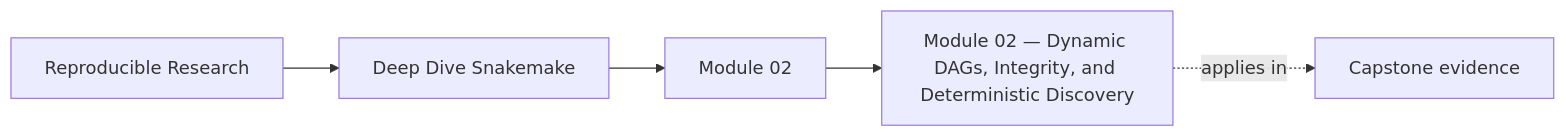
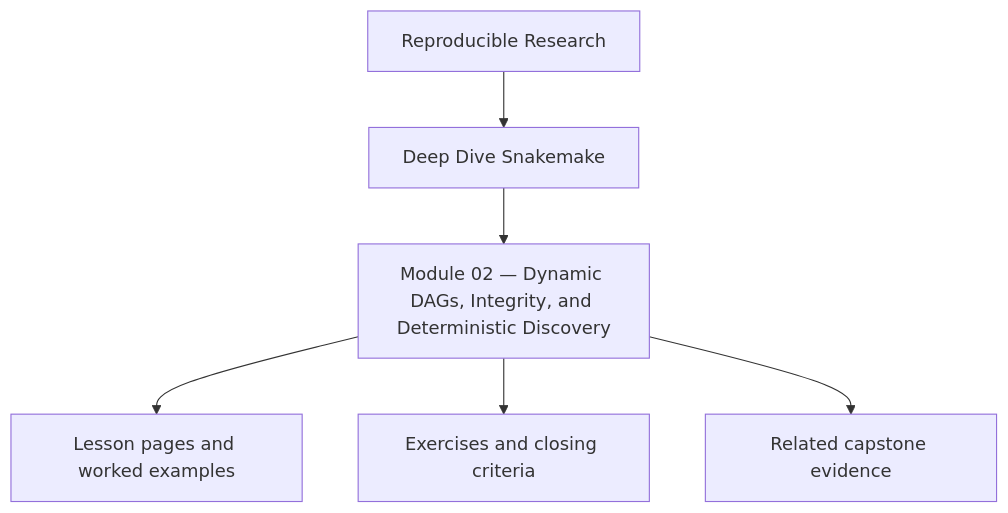
Before and after one commit to bijux/bijux-masterclass: the first of 4 diagrams in programs/reproducible-research/deep-dive-snakemake/course-book/module-02-dynamic-dags-integrity-and-deterministic-discovery/index.md, drawn with Mermaid. The commit also changed other lines of this file and 10 other files, not shown here.

Commit message:
docs(deep-dive-snakemake): reposition module overview diagrams

````diff
--- a/programs/reproducible-research/deep-dive-snakemake/course-book/module-02-dynamic-dags-integrity-and-deterministic-discovery/index.md
+++ b/programs/reproducible-research/deep-dive-snakemake/course-book/module-02-dynamic-dags-integrity-and-deterministic-discovery/index.md
@@ -9,11 +9,8 @@
 ```mermaid
-graph LR
-  family["Reproducible Research"]
-  program["Deep Dive Snakemake"]
-  section["Module 02"]
-  page["Module 02 — Dynamic DAGs, Integrity, and Deterministic Discovery"]
-  capstone["Capstone evidence"]
-
-  family --> program --> section --> page
-  page -.applies in.-> capstone
+flowchart TD
+  family["Reproducible Research"] --> program["Deep Dive Snakemake"]
+  program --> module["Module 02 — Dynamic DAGs, Integrity, and Deterministic Discovery"]
+  module --> lessons["Lesson pages and worked examples"]
+  module --> checkpoints["Exercises and closing criteria"]
+  module --> capstone["Related capstone evidence"]
 ```
````
